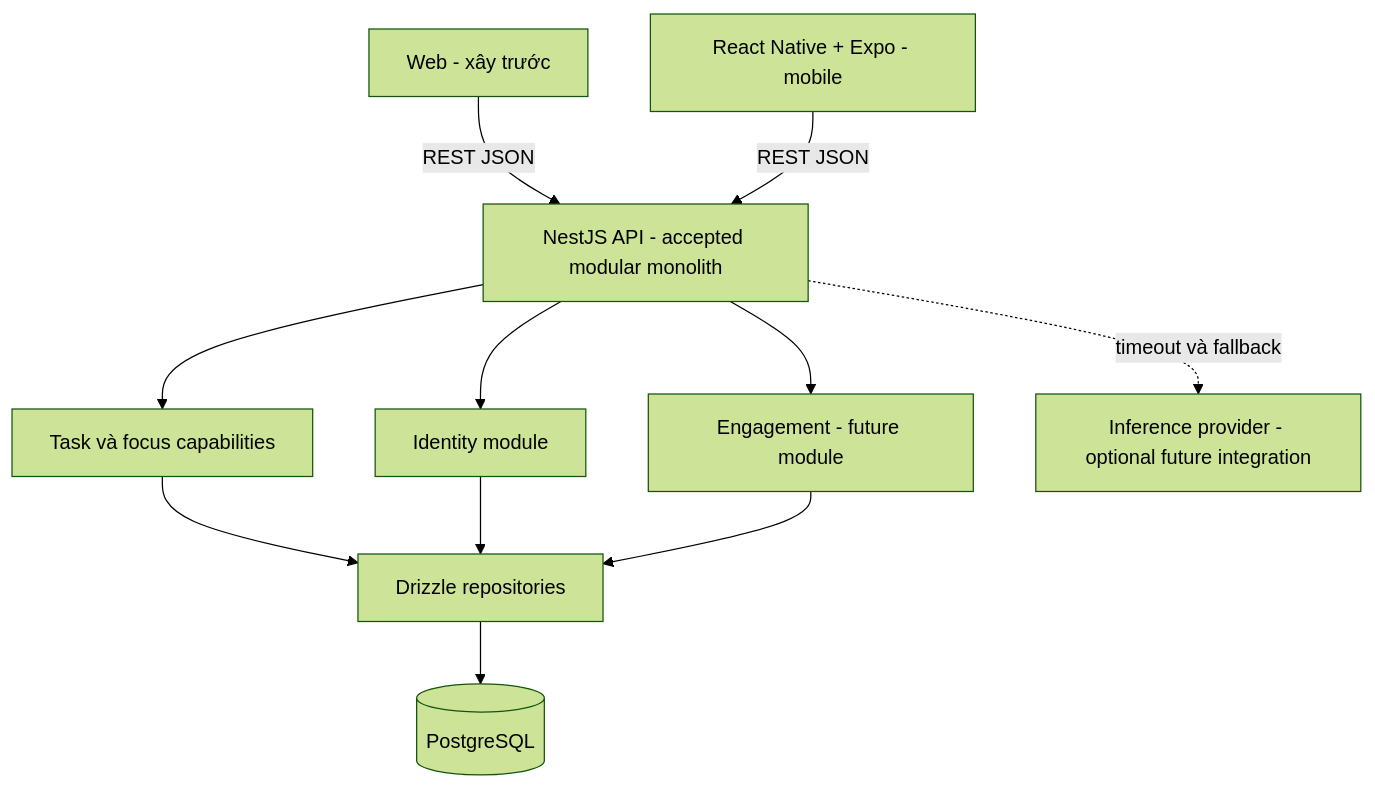
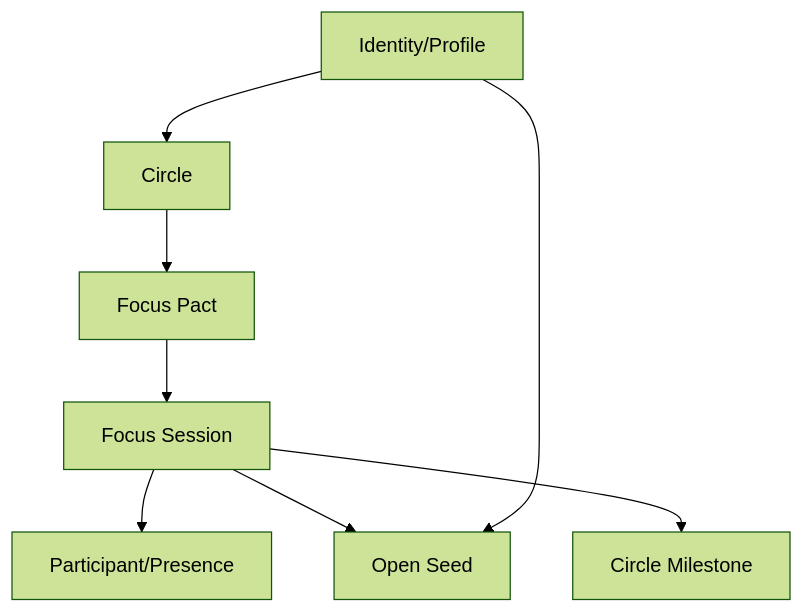
One commit to TgTrh06/project.beneath-the-pine changed the second of 2 diagrams in docs/04-engineering/system-diagrams.md. Above: the diagram before and after it, drawn with Mermaid (forest theme). The commit also changed other lines of this file and 95 other files, not shown here.

Commit message:
docs(engineering): update architecture, ADRs, ML specs, and operations runbooks

````diff
--- a/docs/04-engineering/system-diagrams.md
+++ b/docs/04-engineering/system-diagrams.md
@@ -12,22 +12,10 @@
 ```mermaid
-flowchart TB
-  W[Web - xây trước]
-  M[React Native + Expo - mobile]
-  A[NestJS API - accepted modular monolith]
-  ID[Identity module]
-  T[Task và focus capabilities]
-  E[Engagement - future module]
-  P[Drizzle repositories]
-  D[(PostgreSQL)]
-  I[Inference provider - optional future integration]
-  W -->|REST JSON| A
-  M -->|REST JSON| A
-  A --> ID
-  A --> T
-  A --> E
-  T --> P
-  ID --> P
-  E --> P
-  P --> D
-  A -. timeout và fallback .-> I
+flowchart TD
+  I[Identity/Profile] --> C[Circle]
+  C --> P[Focus Pact]
+  P --> S[Focus Session]
+  S --> X[Participant/Presence]
+  S --> O[Open Seed]
+  S --> M[Circle Milestone]
+  I --> O
 ```
````
